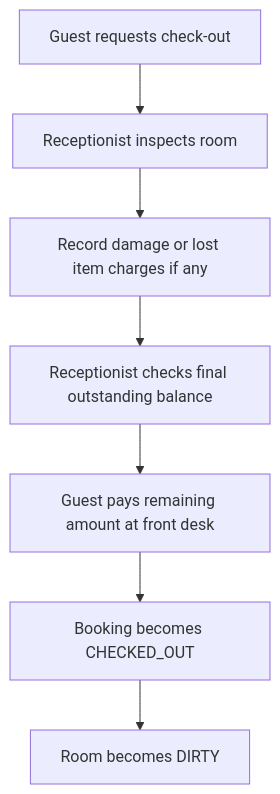
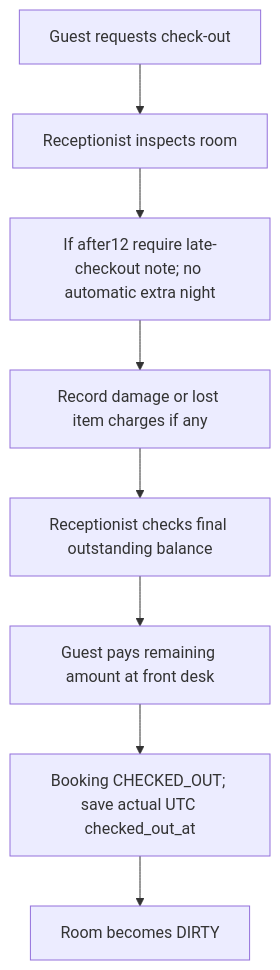
The fifth of 8 diagrams in docs/07-business-workflows.md (manhle11/hotel-booking-system), drawn with Mermaid before and after one commit. The commit also changed other lines of this file and 123 other files, not shown here.

````diff
--- a/docs/07-business-workflows.md
+++ b/docs/07-business-workflows.md
@@ -65,9 +66,10 @@
 ```mermaid
 flowchart TD
     A[Guest requests check-out] --> B[Receptionist inspects room]
-    B --> C[Record damage or lost item charges if any]
+    B --> T[If after12 require late-checkout note; no automatic extra night]
+    T --> C[Record damage or lost item charges if any]
     C --> D[Receptionist checks final outstanding balance]
     D --> E[Guest pays remaining amount at front desk]
-    E --> F[Booking becomes CHECKED_OUT]
+    E --> F[Booking CHECKED_OUT; save actual UTC checked_out_at]
     F --> G[Room becomes DIRTY]
 ```
````
